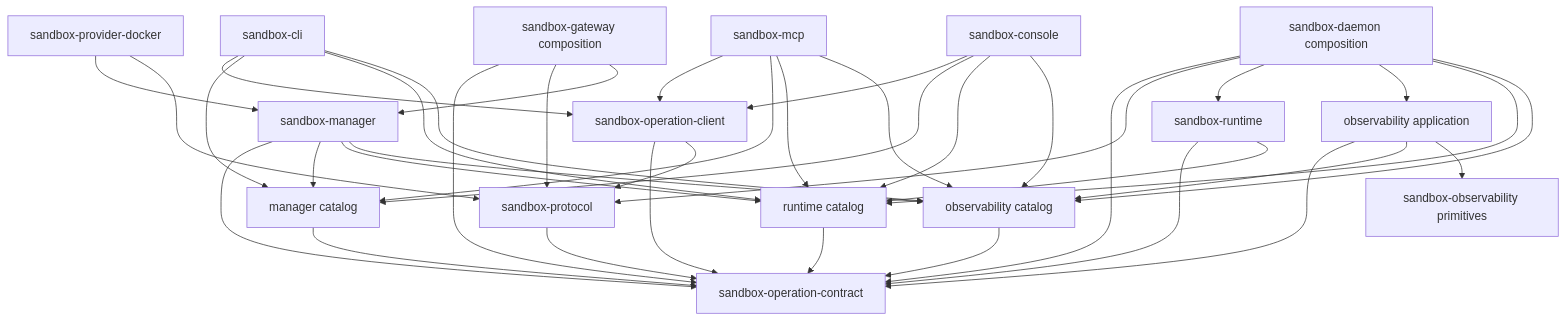
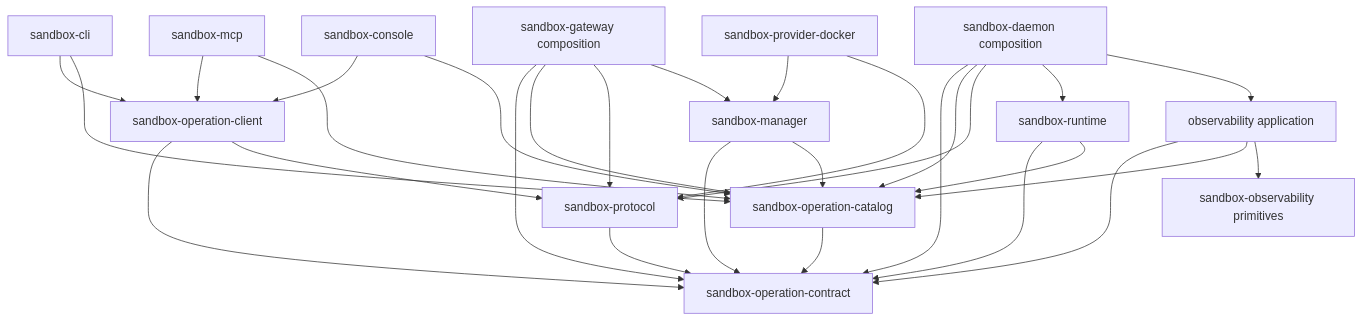
The diagram in docs/obsidian/ephemeral-os/implementation_plan/operation-migration/spec.md (Ephemeral-AI-Lab/ephemeral-os), drawn with Mermaid before and after one commit. The commit also changed other lines of this file and 4 other files, not shown here.

Commit message:
docs(operations): refine migration architecture and review plan

````diff
--- a/docs/obsidian/ephemeral-os/implementation_plan/operation-migration/spec.md
+++ b/docs/obsidian/ephemeral-os/implementation_plan/operation-migration/spec.md
@@ -320,46 +390,36 @@
 ```mermaid
 flowchart TD
     Contract["sandbox-operation-contract"]
-    Protocol["sandbox-protocol"] --> Contract
-    ManagerCatalog["manager catalog"] --> Contract
-    RuntimeCatalog["runtime catalog"] --> Contract
-    ObsCatalog["observability catalog"] --> Contract
+    Catalog["sandbox-operation-catalog"] --> Contract
 
     ManagerApp["sandbox-manager"] --> Contract
-    ManagerApp --> ManagerCatalog
-    ManagerApp --> RuntimeCatalog
-    ManagerApp --> ObsCatalog
+    ManagerApp --> Catalog
     RuntimeApp["sandbox-runtime"] --> Contract
-    RuntimeApp --> RuntimeCatalog
+    RuntimeApp --> Catalog
     ObsApp["observability application"] --> Contract
-    ObsApp --> ObsCatalog
+    ObsApp --> Catalog
     ObsPrimitives["sandbox-observability primitives"]
     ObsApp --> ObsPrimitives
 
+    Protocol["sandbox-protocol"] --> Contract
     Client["sandbox-operation-client"] --> Contract
     Client --> Protocol
     CLI["sandbox-cli"] --> Client
     MCP["sandbox-mcp"] --> Client
     Console["sandbox-console"] --> Client
-    CLI --> ManagerCatalog
-    CLI --> RuntimeCatalog
-    CLI --> ObsCatalog
-    MCP --> ManagerCatalog
-    MCP --> RuntimeCatalog
-    MCP --> ObsCatalog
-    Console --> ManagerCatalog
-    Console --> RuntimeCatalog
-    Console --> ObsCatalog
+    CLI --> Catalog
+    MCP --> Catalog
+    Console --> Catalog
 
     Gateway["sandbox-gateway composition"] --> Contract
+    Gateway --> Catalog
     Gateway --> Protocol
     Gateway --> ManagerApp
     Daemon["sandbox-daemon composition"] --> Contract
+    Daemon --> Catalog
     Daemon --> Protocol
     Daemon --> RuntimeApp
     Daemon --> ObsApp
-    Daemon --> RuntimeCatalog
-    Daemon --> ObsCatalog
     Provider["sandbox-provider-docker"] --> ManagerApp
     Provider --> Protocol
 ```
````
